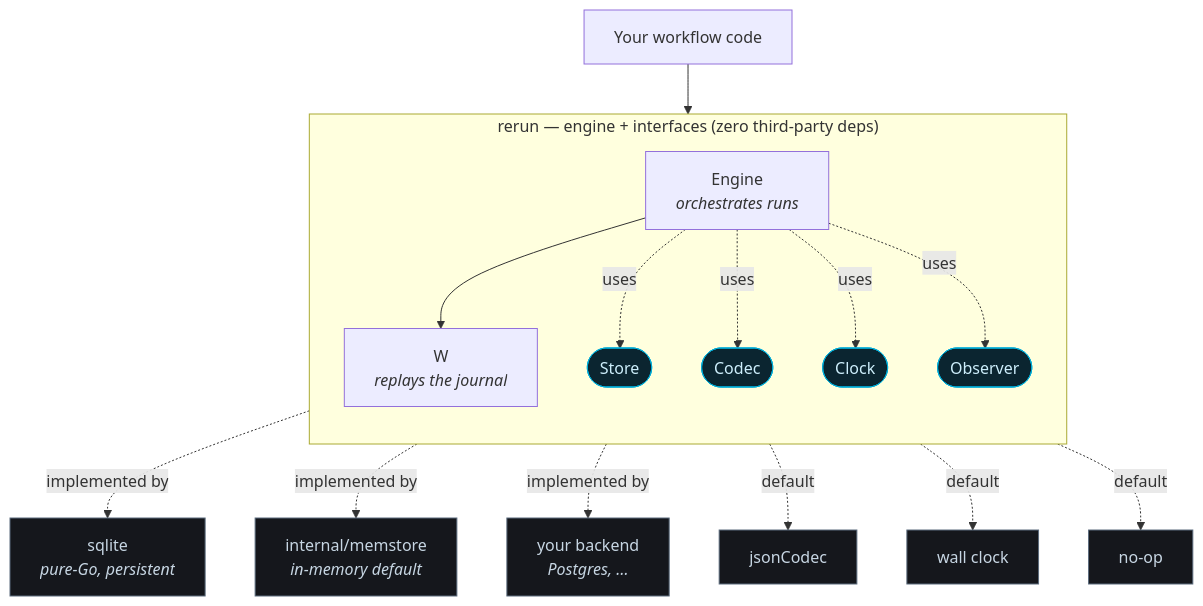
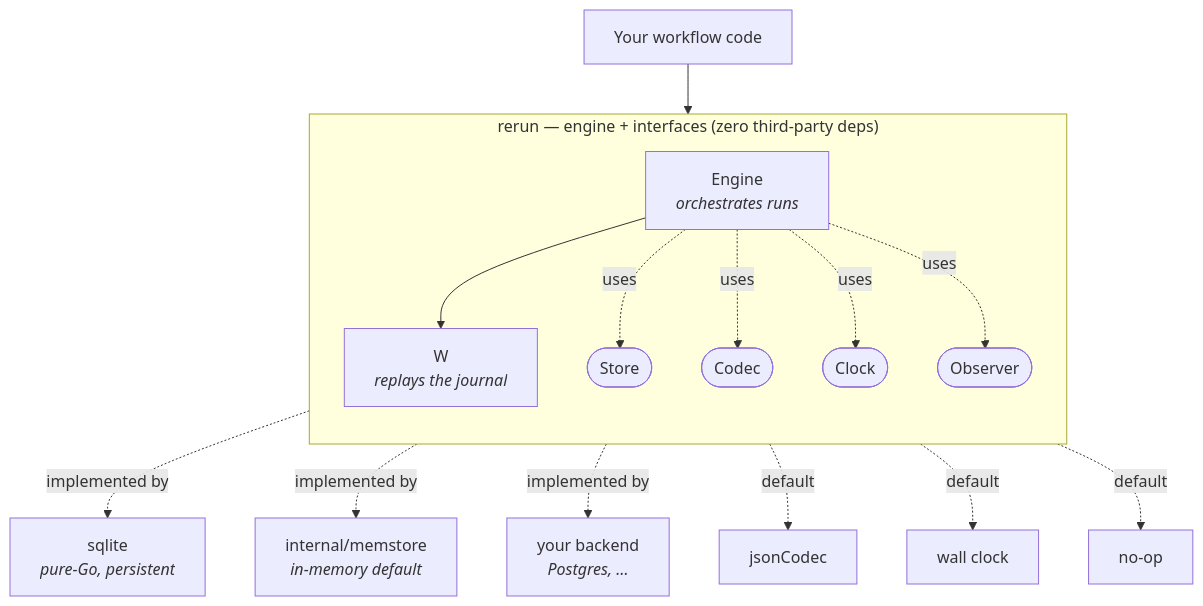
The fifth of 6 diagrams in README.md (sylvester-francis/rerun), drawn with Mermaid before and after one commit. The commit also changed other lines of this file, not shown here.

Commit message:
Remove custom colors from README diagrams

````diff
--- a/README.md
+++ b/README.md
@@ -253,27 +247,22 @@
 ```mermaid
 flowchart TD
     User["Your workflow code"] --> Engine
 
     subgraph Core["rerun — engine + interfaces (zero third-party deps)"]
       direction TB
       Engine["Engine<br/><i>orchestrates runs</i>"]
       W["W<br/><i>replays the journal</i>"]
       Engine --> W
       Engine -. "uses" .-> Store([Store])
       Engine -. "uses" .-> Codec([Codec])
       Engine -. "uses" .-> Clock([Clock])
       Engine -. "uses" .-> Observer([Observer])
     end
 
     Store -.->|implemented by| SQLite["sqlite<br/><i>pure-Go, persistent</i>"]
     Store -.->|implemented by| Mem["internal/memstore<br/><i>in-memory default</i>"]
     Store -.->|implemented by| PG["your backend<br/><i>Postgres, …</i>"]
     Codec -.->|default| JSON["jsonCodec"]
     Clock -.->|default| Wall["wall clock"]
     Observer -.->|default| Noop["no-op"]
-
-    classDef iface fill:#0b2530,stroke:#00ADD8,color:#cdeefb;
-    classDef impl fill:#15171c,stroke:#5b6b7d,color:#c7d6e3;
-    class Store,Codec,Clock,Observer iface;
-    class SQLite,Mem,PG,JSON,Wall,Noop impl;
 ```
````
